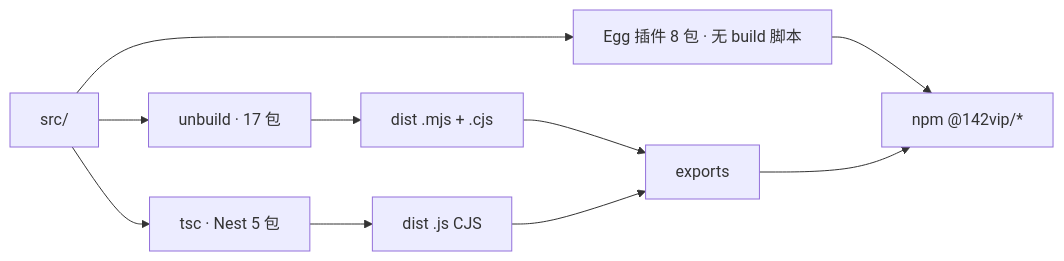
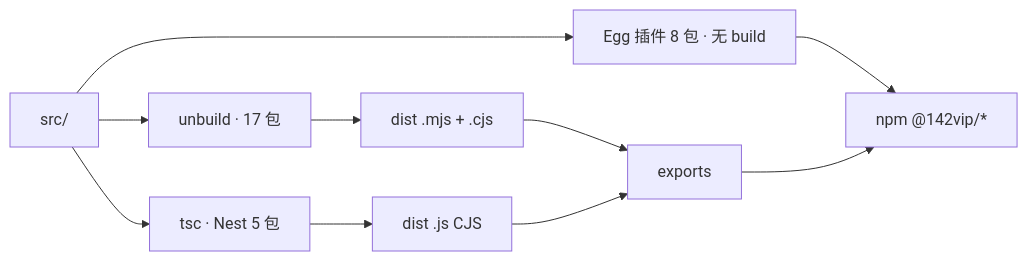
One commit to 142vip/core-x changed the third of 6 diagrams in .cursor/rules/engineering/07-仓库架构与流程.mdc. Above: the diagram before and after it, drawn with Mermaid. The commit also changed other lines of this file and 18 other files, not shown here.

````diff
--- a/.cursor/rules/engineering/07-仓库架构与流程.mdc
+++ b/.cursor/rules/engineering/07-仓库架构与流程.mdc
@@ -45,12 +47,12 @@
 ```mermaid
 flowchart LR
   SRC["src/"] --> UB["unbuild · 17 包"]
   SRC --> TSC["tsc · Nest 5 包"]
-  SRC --> EGG["Egg 插件 8 包 · 无 build 脚本"]
+  SRC --> EGG["Egg 插件 8 包 · 无 build"]
   UB --> DIST["dist .mjs + .cjs"]
   TSC --> DIST2["dist .js CJS"]
   EGG --> NPM["npm @142vip/*"]
   DIST --> EXP["exports"]
   DIST2 --> EXP
   EXP --> NPM
 ```
````
